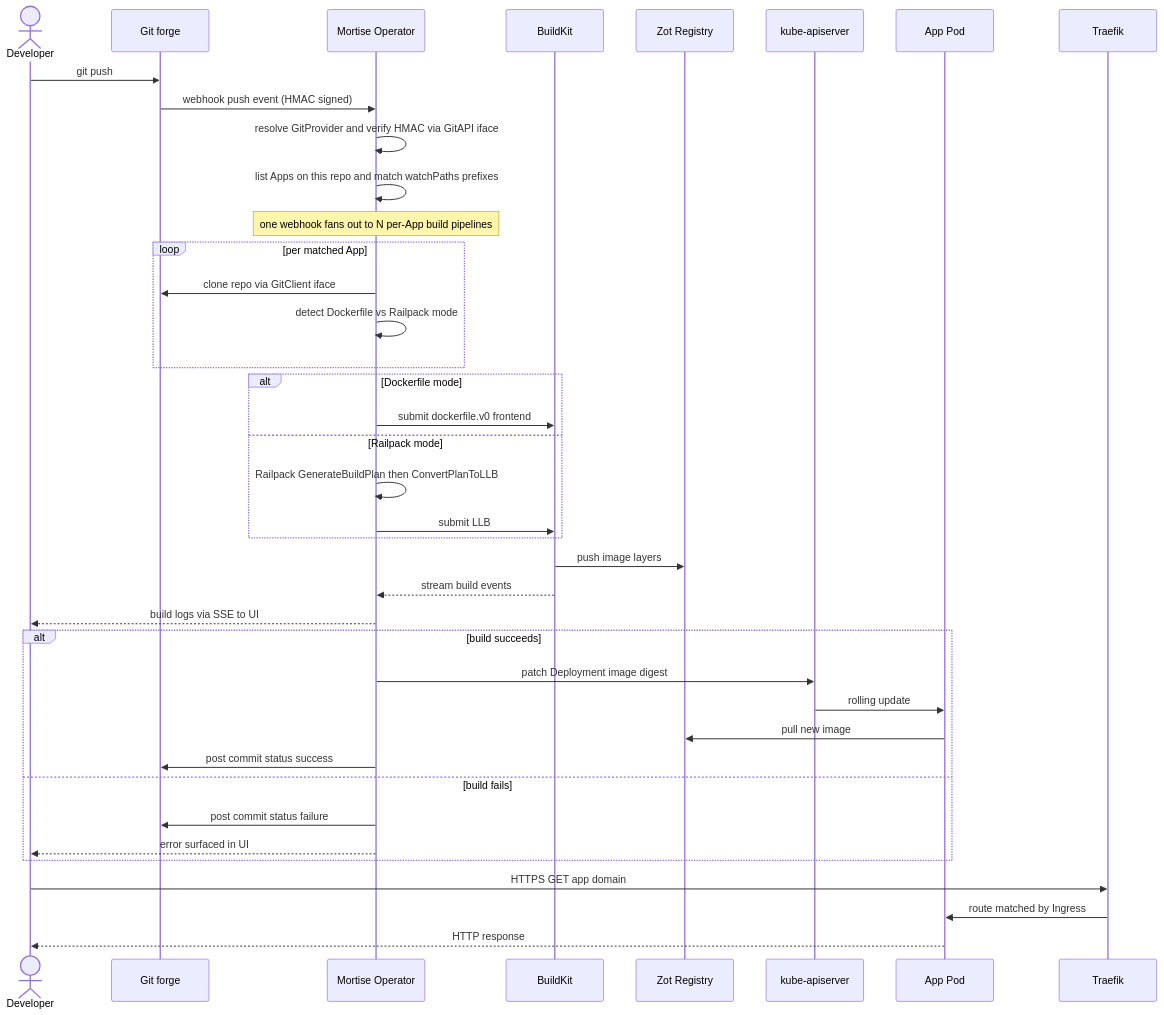
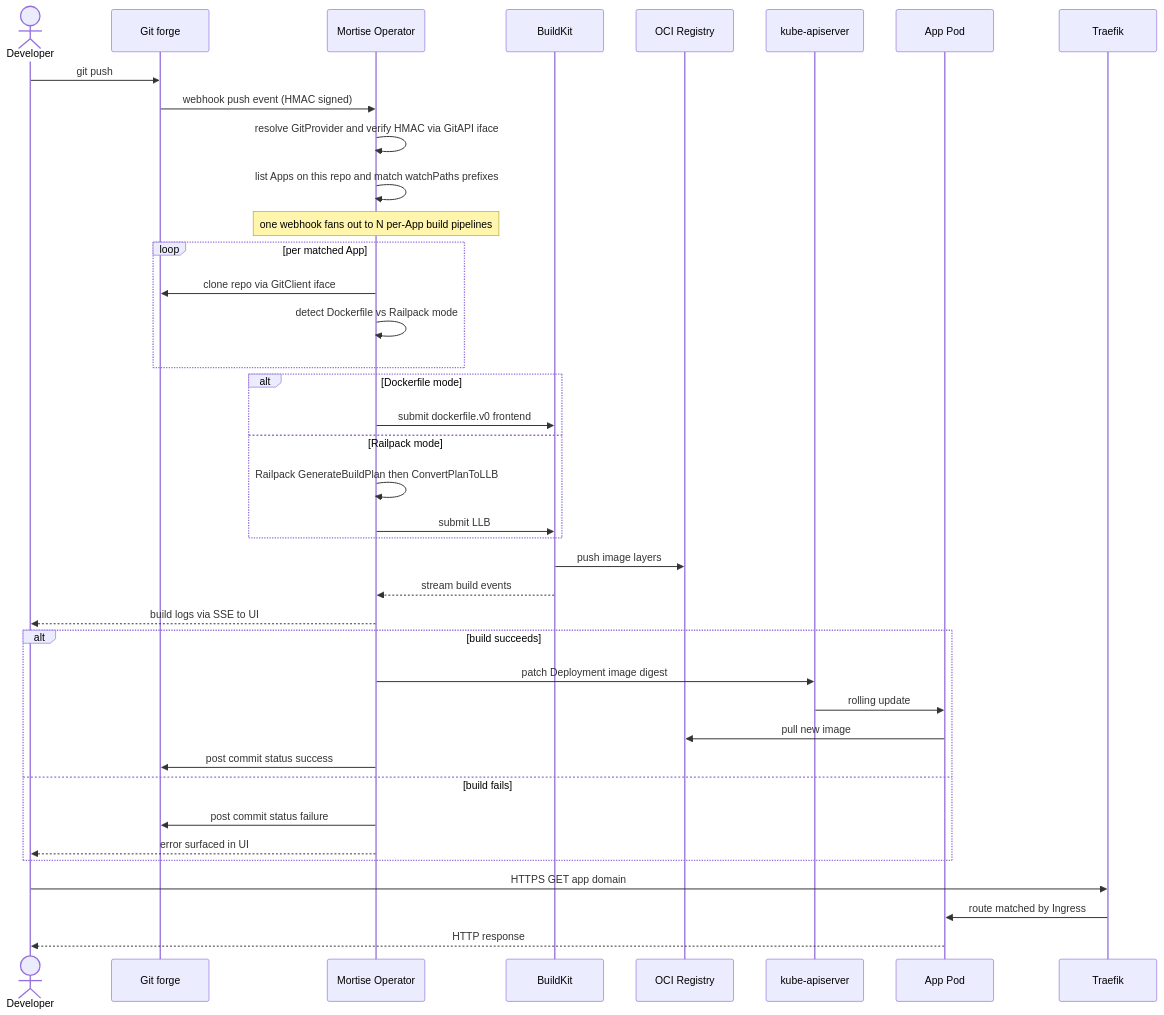
The second of 5 diagrams in ARCHITECTURE.md (mortise-org/mortise), drawn with Mermaid before and after one commit. The commit also changed other lines of this file and 13 other files, not shown here.

````diff
--- a/ARCHITECTURE.md
+++ b/ARCHITECTURE.md
@@ -139,47 +137,47 @@
 ```mermaid
 sequenceDiagram
     actor Dev as Developer
     participant Git as Git forge
     participant Op as Mortise Operator
     participant BK as BuildKit
-    participant Reg as Zot Registry
+    participant Reg as OCI Registry
     participant K8s as kube-apiserver
     participant Pod as App Pod
     participant TF as Traefik
 
     Dev->>Git: git push
     Git->>Op: webhook push event (HMAC signed)
     Op->>Op: resolve GitProvider and verify HMAC via GitAPI iface
     Op->>Op: list Apps on this repo and match watchPaths prefixes
     Note over Op: one webhook fans out to N per-App build pipelines
 
     loop per matched App
         Op->>Git: clone repo via GitClient iface
         Op->>Op: detect Dockerfile vs Railpack mode
     end
 
     alt Dockerfile mode
         Op->>BK: submit dockerfile.v0 frontend
     else Railpack mode
         Op->>Op: Railpack GenerateBuildPlan then ConvertPlanToLLB
         Op->>BK: submit LLB
     end
 
     BK->>Reg: push image layers
     BK-->>Op: stream build events
     Op-->>Dev: build logs via SSE to UI
 
     alt build succeeds
         Op->>K8s: patch Deployment image digest
         K8s->>Pod: rolling update
         Pod->>Reg: pull new image
         Op->>Git: post commit status success
     else build fails
         Op->>Git: post commit status failure
         Op-->>Dev: error surfaced in UI
     end
 
     Dev->>TF: HTTPS GET app domain
     TF->>Pod: route matched by Ingress
     Pod-->>Dev: HTTP response
 ```
````
